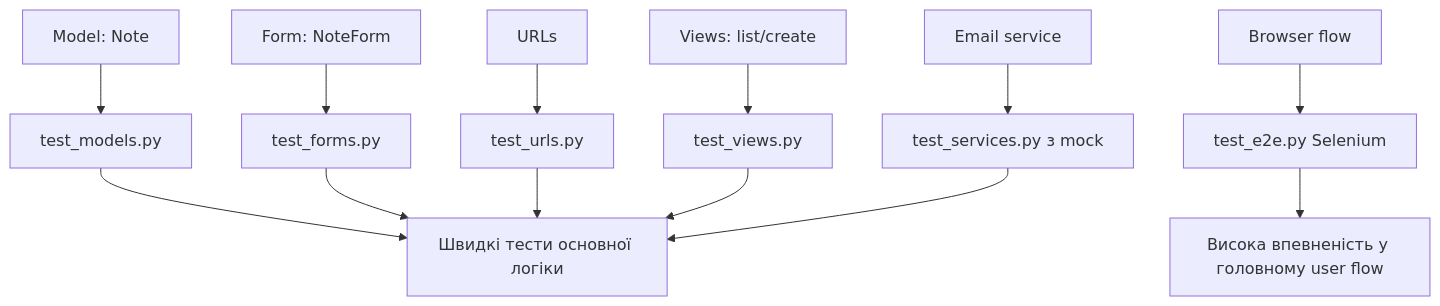
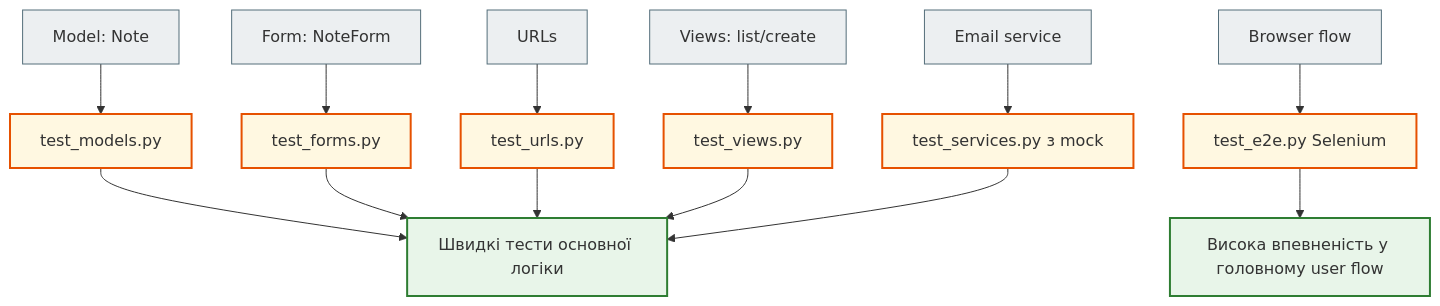
The first of 3 diagrams in docs/08_testing_and_quality/testing_practice_project_full.md (NikoriakViktot/notes_chat_app), drawn with Mermaid before and after one commit. The commit also changed other lines of this file and 441 other files, not shown here.

First line of the commit message:
Add English version of the book, Mermaid standard, docs fixes

````diff
--- a/docs/08_testing_and_quality/testing_practice_project_full.md
+++ b/docs/08_testing_and_quality/testing_practice_project_full.md
@@ -878,15 +878,22 @@
 ```mermaid
 flowchart TD
     A["Model: Note"] --> B["test_models.py"]
     C["Form: NoteForm"] --> D["test_forms.py"]
     E["URLs"] --> F["test_urls.py"]
     G["Views: list/create"] --> H["test_views.py"]
     I["Email service"] --> J["test_services.py з mock"]
     K["Browser flow"] --> L["test_e2e.py Selenium"]
     B --> M["Швидкі тести основної логіки"]
     D --> M
     F --> M
     H --> M
     J --> M
     L --> N["Висока впевненість у головному user flow"]
+
+    classDef step     fill:#eceff1,stroke:#546e7a,stroke-width:1px;
+    classDef success  fill:#e8f5e9,stroke:#2e7d32,stroke-width:2px;
+    classDef warning  fill:#fff8e1,stroke:#e65100,stroke-width:2px;
+    class A,C,E,G,I,K step;
+    class B,D,F,H,J,L warning;
+    class M,N success;
 ```
````
